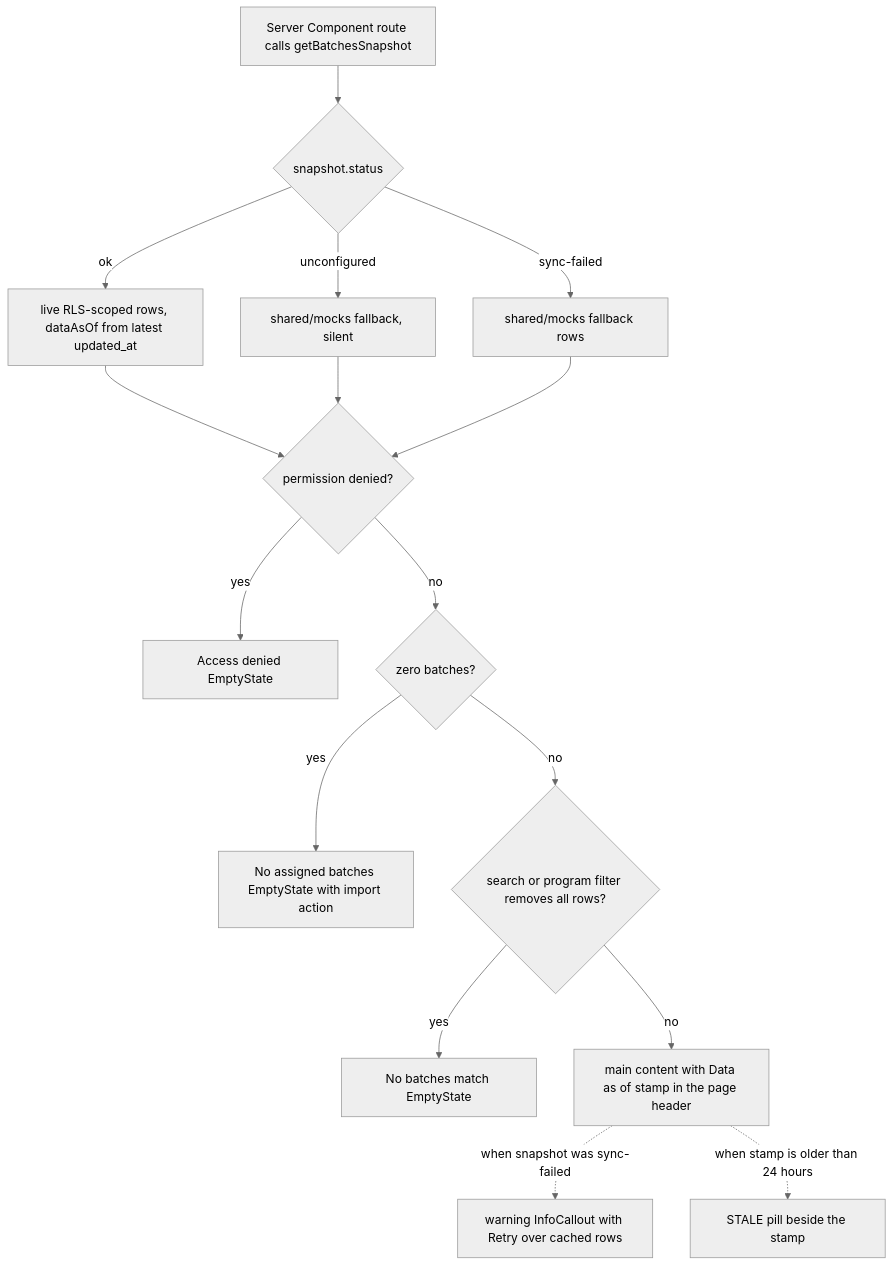
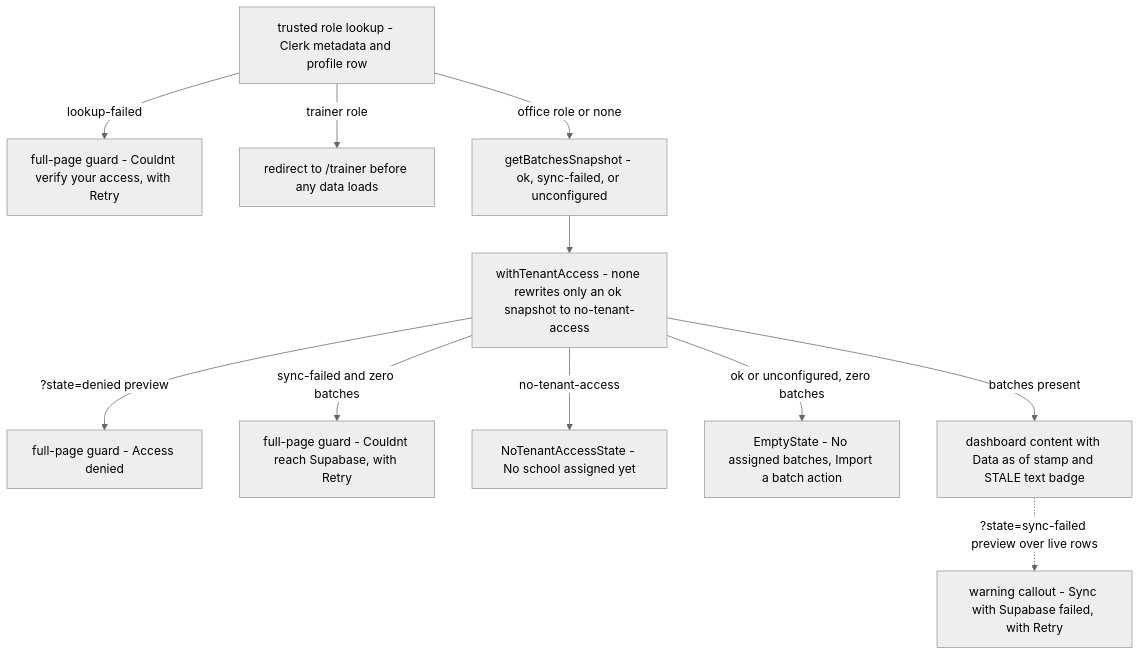
One commit to shuakyle21/tesda-compliance-manager changed the second of 2 diagrams in openwiki/architecture/design-system.md. Above: the diagram before and after it, drawn with Mermaid (neutral theme). The commit also changed other lines of this file and 5 other files, not shown here.

````diff
--- a/openwiki/architecture/design-system.md
+++ b/openwiki/architecture/design-system.md
@@ -117,18 +196,13 @@
 ```mermaid
 flowchart TD
-    fetch["Server Component route calls getBatchesSnapshot"] --> status{"snapshot.status"}
-    status -->|"ok"| live["live RLS-scoped rows, dataAsOf from latest updated_at"]
-    status -->|"unconfigured"| mocks["shared/mocks fallback, silent"]
-    status -->|"sync-failed"| cached["shared/mocks fallback rows"]
-    live --> denied{"permission denied?"}
-    mocks --> denied
-    cached --> denied
-    denied -->|"yes"| deniedUI["Access denied EmptyState"]
-    denied -->|"no"| empty{"zero batches?"}
-    empty -->|"yes"| emptyUI["No assigned batches EmptyState with import action"]
-    empty -->|"no"| filtered{"search or program filter removes all rows?"}
-    filtered -->|"yes"| noResultsUI["No batches match EmptyState"]
-    filtered -->|"no"| content["main content with Data as of stamp in the page header"]
-    content -.->|"when snapshot was sync-failed"| banner["warning InfoCallout with Retry over cached rows"]
-    content -.->|"when stamp is older than 24 hours"| stalepill["STALE pill beside the stamp"]
+    lookup["trusted role lookup - Clerk metadata and profile row"] -->|"lookup-failed"| blocked["full-page guard - Couldnt verify your access, with Retry"]
+    lookup -->|"trainer role"| trainer["redirect to /trainer before any data loads"]
+    lookup -->|"office role or none"| snap["getBatchesSnapshot - ok, sync-failed, or unconfigured"]
+    snap --> fold["withTenantAccess - none rewrites only an ok snapshot to no-tenant-access"]
+    fold -->|"?state=denied preview"| denied["full-page guard - Access denied"]
+    fold -->|"sync-failed and zero batches"| syncfail["full-page guard - Couldnt reach Supabase, with Retry"]
+    fold -->|"no-tenant-access"| notenant["NoTenantAccessState - No school assigned yet"]
+    fold -->|"ok or unconfigured, zero batches"| empty["EmptyState - No assigned batches, Import a batch action"]
+    fold -->|"batches present"| content["dashboard content with Data as of stamp and STALE text badge"]
+    content -.->|"?state=sync-failed preview over live rows"| banner["warning callout - Sync with Supabase failed, with Retry"]
 ```
````
